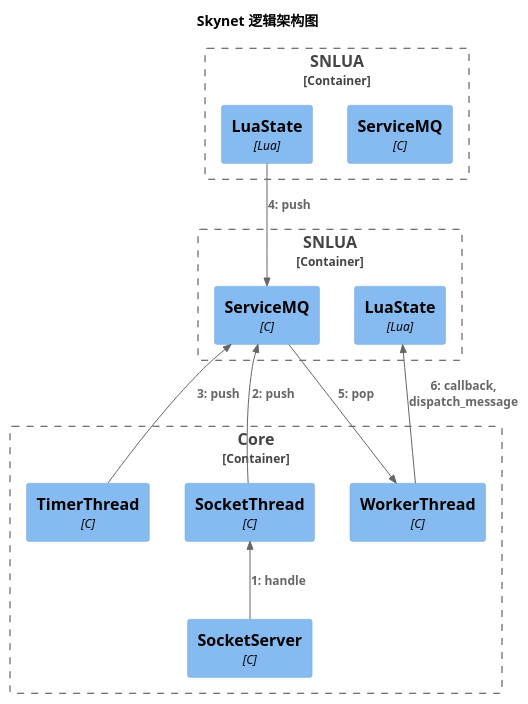
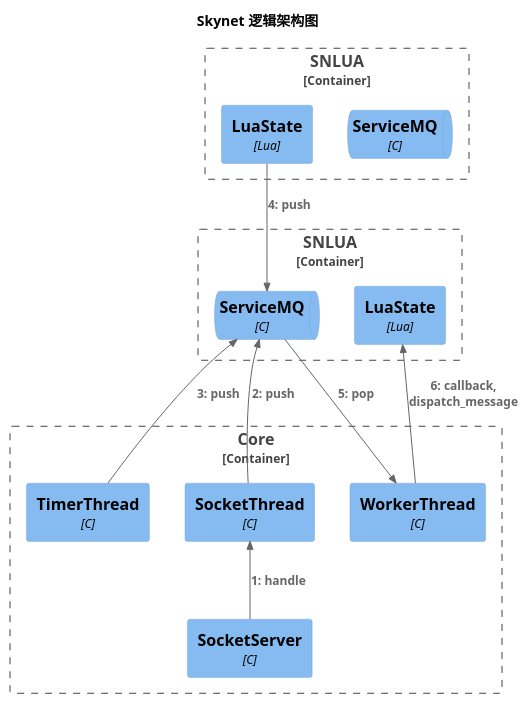
The diagram in docs/skynetarch.puml (Gowa2017/skynetgame), drawn with PlantUML before and after one commit. The commit also changed 2 other files, not shown here.

```diff
--- a/docs/skynetarch.puml
+++ b/docs/skynetarch.puml
@@ -1,30 +1,30 @@
 @startuml Skynet
 !include C4_Component.puml
 !include C4_Dynamic.puml
 title Skynet 逻辑架构图
 HIDE_STEREOTYPE()
 Container_Boundary(core, "Core"){
   Component(worker, "WorkerThread", "C",)
   Component(timer, "TimerThread", "C")
   Component(socket, "SocketThread", "C")
   Component(ss, "SocketServer", "C")
 
 }
 
 Container_Boundary(snlua1, "SNLUA"){
-    Component(service1mq, "ServiceMQ", "C")
+    ComponentQueue(service1mq, "ServiceMQ", "C")
     Component(service1lua, "LuaState", "Lua")
 }
 Container_Boundary(snlua2, "SNLUA"){
-    Component(service2mq, "ServiceMQ", "C")
+    ComponentQueue(service2mq, "ServiceMQ", "C")
     Component(service2lua, "LuaState", "Lua")
 }
 
 
 Rel_U(ss, socket, "handle")
 Rel_U(socket, service1mq, "push")
 Rel_R(timer, service1mq, "push")
 Rel(service2lua, service1mq,"push")
 Rel_D(service1mq, worker, "pop")
 Rel_U(worker, service1lua, "callback, dispatch_message")
 @enduml
```
